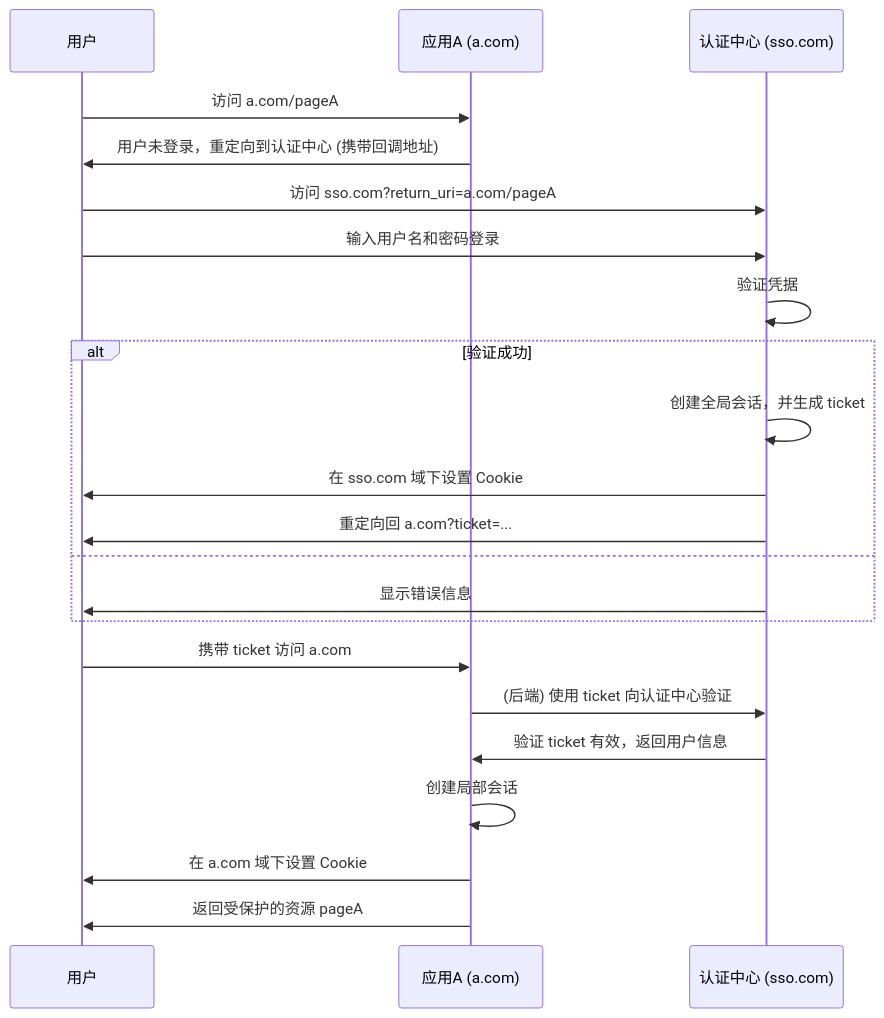
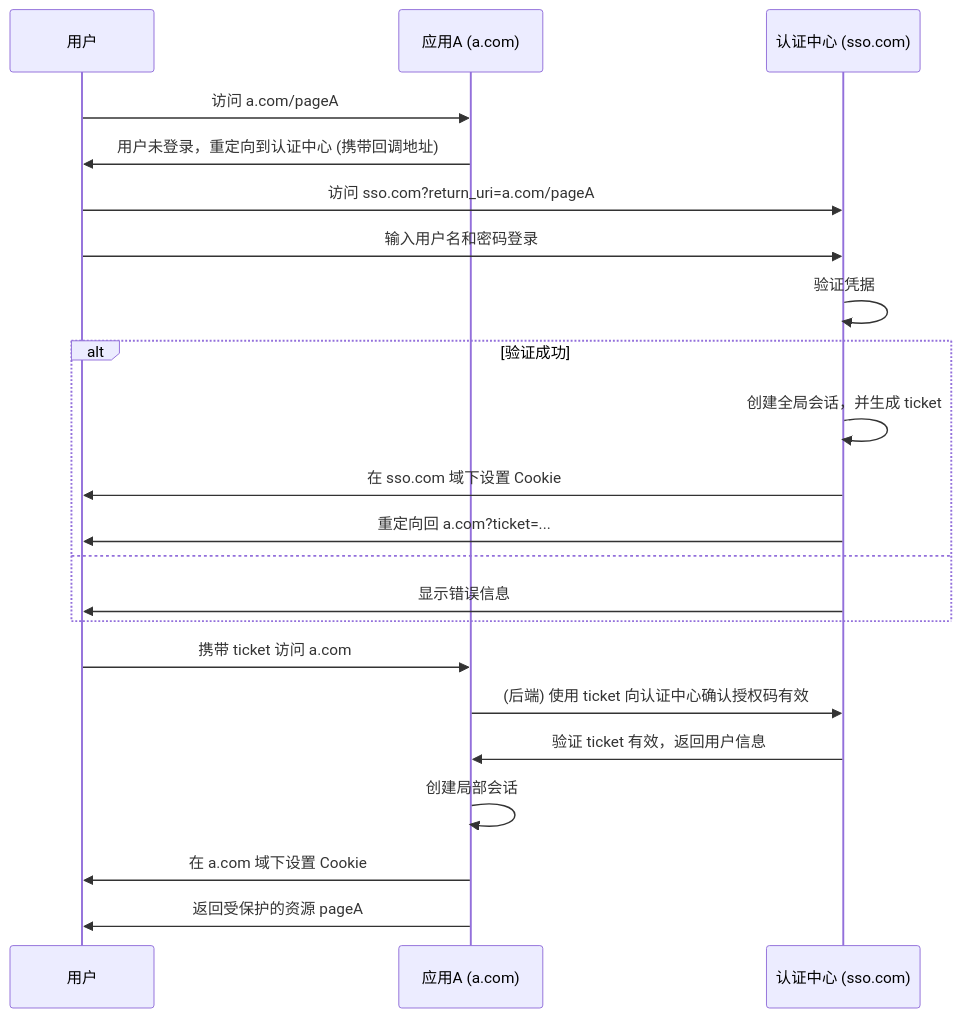
One commit to Hidetoshi20/Program-Knowledge-Database changed the fifth of 6 diagrams in docs/Web Front End/Web Scenario.md. Above: the diagram before and after it, drawn with Mermaid. The commit also changed other lines of this file and 8 other files, not shown here.

````diff
--- a/docs/Web Front End/Web Scenario.md
+++ b/docs/Web Front End/Web Scenario.md
@@ -163,25 +200,25 @@
 ```mermaid
 sequenceDiagram
     participant User as 用户
     participant AppA as 应用A (a.com)
     participant SSO as 认证中心 (sso.com)
 
     User->>AppA: 访问 a.com/pageA
     AppA->>User: 用户未登录，重定向到认证中心 (携带回调地址)
     User->>SSO: 访问 sso.com?return_uri=a.com/pageA
     User->>SSO: 输入用户名和密码登录
     SSO->>SSO: 验证凭据
     alt 验证成功
         SSO->>SSO: 创建全局会话，并生成 ticket
         SSO->>User: 在 sso.com 域下设置 Cookie
         SSO->>User: 重定向回 a.com?ticket=...
     else
         SSO->>User: 显示错误信息
     end
     User->>AppA: 携带 ticket 访问 a.com
-    AppA->>SSO: (后端) 使用 ticket 向认证中心验证
+    AppA->>SSO: (后端) 使用 ticket 向认证中心确认授权码有效
     SSO->>AppA: 验证 ticket 有效，返回用户信息
     AppA->>AppA: 创建局部会话
     AppA->>User: 在 a.com 域下设置 Cookie
     AppA->>User: 返回受保护的资源 pageA
 ```
````
